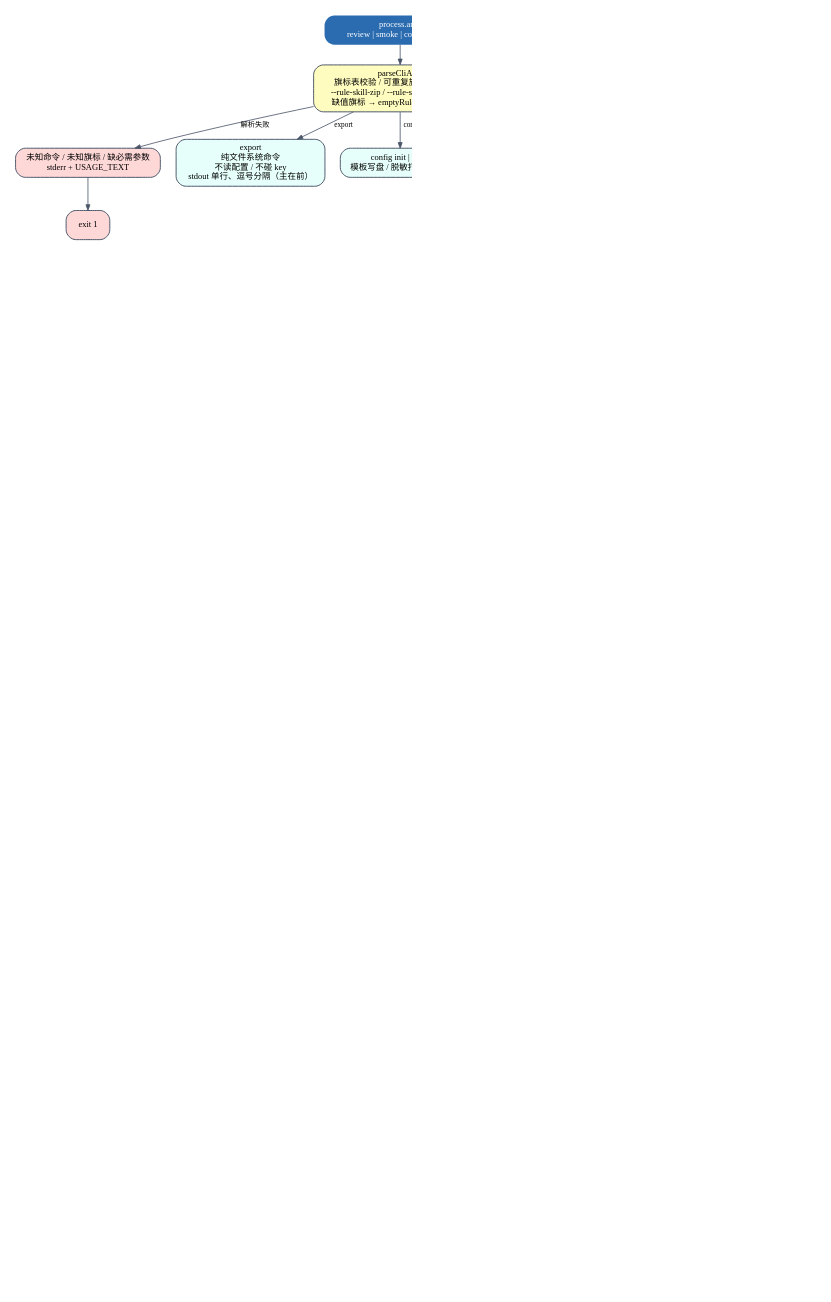
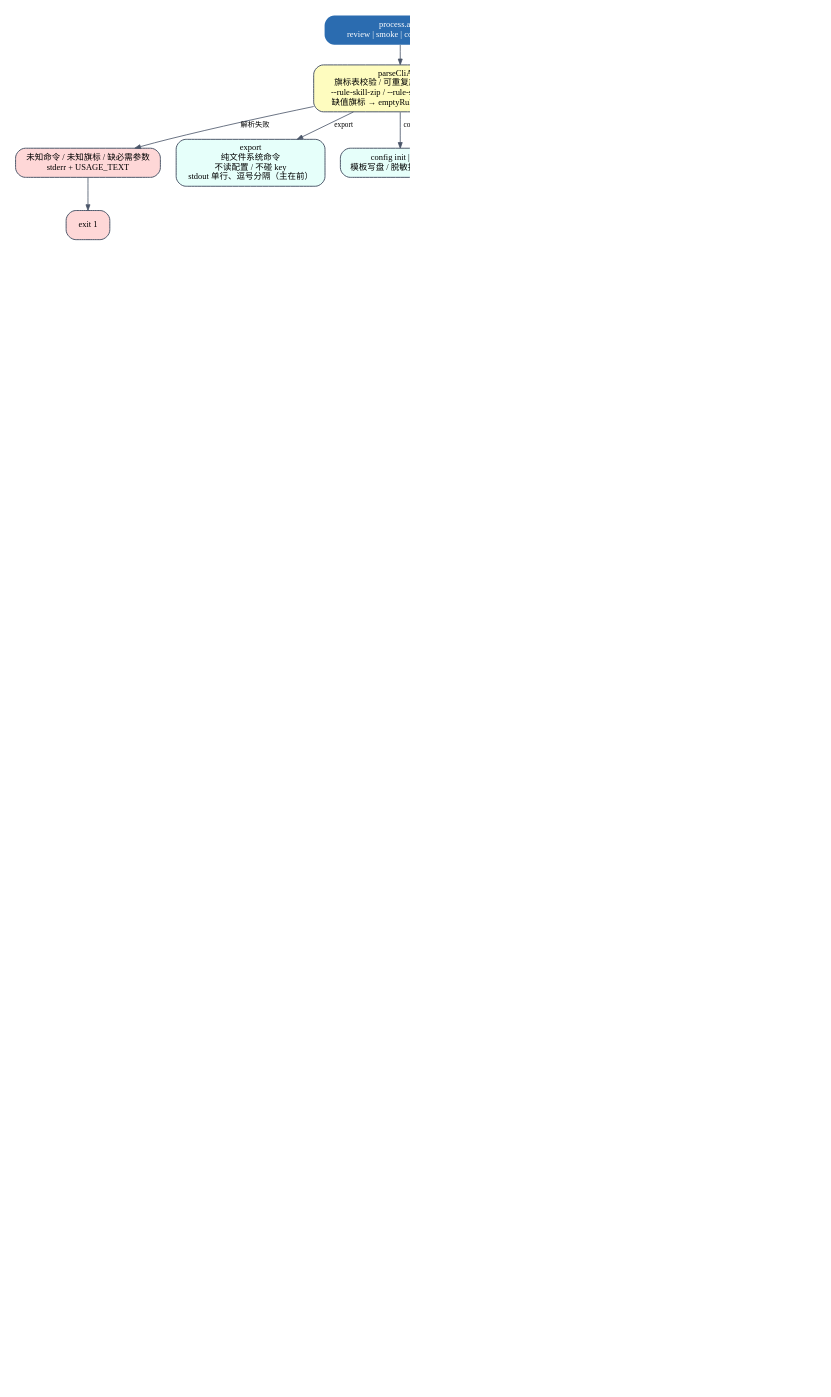
Before and after one commit to ffanwei/ReviewAgent-pi: the diagram in docs/png/review-cli-entry.dot, drawn with Graphviz. The commit also changed 15 other files, not shown here.

First line of the commit message:
docs: 重新生成检视链路示意图与全链路流程图

```diff
--- a/docs/png/review-cli-entry.dot
+++ b/docs/png/review-cli-entry.dot
@@ -1,56 +1,57 @@
 digraph review_cli_entry {
   graph [charset="UTF-8", rankdir=TB, bgcolor="white", fontname="Microsoft YaHei", fontsize=12,
          nodesep=0.26, ranksep=0.34, pad=0.25, dpi=150];
   node  [shape=box, style="rounded,filled", fontname="Microsoft YaHei", fontsize=10.5,
          color="#4A5568", fillcolor="#F7FAFC", penwidth=1.2, margin="0.15,0.07"];
   edge  [fontname="Microsoft YaHei", fontsize=9, color="#4A5568", arrowsize=0.7];
 
   argv [label="process.argv\nreview | smoke | config | export", fillcolor="#2B6CB0", fontcolor="white", penwidth=0];
   parse [label="parseCliArgs\n旗标表校验 / 可重复旗标 / 逗号列表\n--rule-skill-zip / --rule-skill / --skill 同类\n缺值旗标 → emptyRuleSkillFlags 提示", fillcolor="#FEFCBF"];
   bad  [label="未知命令 / 未知旗标 / 缺必需参数\nstderr + USAGE_TEXT", fillcolor="#FED7D7"];
   exit1 [label="exit 1", fillcolor="#FED7D7"];
 
   exp [label="export\n纯文件系统命令\n不读配置 / 不碰 key\nstdout 单行、逗号分隔（主在前）", fillcolor="#E6FFFA"];
   cfg [label="config init | show\n模板写盘 / 脱敏打印生效值", fillcolor="#E6FFFA"];
   smoke [label="smoke\nprobeHealthMs 15s + probeModelMs 120s\n诊断结论：通过 0 / 任一失败 1", fillcolor="#E6FFFA"];
 
   load [label="loadConfig（唯一落点，只读一次）\nJSONC 解析 / 未知键只告警\n钉死键忽略 / 合法域校验\n缺省路径缺席 = 合法（全缺省直跑）"];
   warn [label="warnings → stderr\n未找到配置文件 → 提示 config init\n.env.local 残留 → 提示"];
   endpoint [label="resolveReviewerEndpoint\nreviewer.apiKey 缺失 → 抛错\nbaseUrl 缺省官方网关"];
   model [label="modelIdForGateway\n--model | model.default\nstripModelPrefix 可选"];
   repo [label="--repo 必须存在且是目录\n--mr-diff 读文件 | --mr-json 转 unified diff"];
   tasks [label="resolveTasksRoot + taskDirPath\n--tasks-dir | ~/.PiAgent/tasks\n<taskId>/{runs,audit,.cache}"];
   runlog [label="openRunLog → runs/review-pi.log\nstderr 镜像 + 未捕获异常堆栈\n打开失败只警告"];
   echo [label="formatReviewArgs → stderr\n生效值 + 来源（flag / config / default）\n--rule-skill-zip / --rule-skill / --skill 各一行\n不含秘密", fillcolor="#F7FAFC"];
 
   mcpcfg [label="resolveReportConfig\nmcp.report 缺席 → null\nserver 必须引用已配置的 mcp.servers", fillcolor="#FAF5FF"];
   mcpconn [label="createMcpReporter\nhandshake auto（initialize 失败降级无状态）\nrequired（失败即不可用）/ off（从不握手）\n连接失败 → 一行 stderr，继续检视", fillcolor="#FAF5FF"];
   taskon [label="taskToolsOn = reporter && report.task\ntask 缺省 true", fillcolor="#FEFCBF"];
   start [label="startTask(taskId)\n失败 → stderr，继续检视", fillcolor="#FAF5FF"];
   reportrt [label="报告运行时\nmodel.presentation 优先，否则检视模型\noneShotMs（缺省 300s）\nretry = limits.retry.oneShotAttempts 3", fillcolor="#FAF5FF"];
 
-  run [label="runReview(...)\n见子图 2 / 3", fillcolor="#BEE3F8"];
-  summaryline [label="收尾摘要行 doneLine（stderr，恒定打印）\n耗时 / token 三段 / 模型调用数\n工具调用（主 + skill + bash）\nLedger 命中 / 成本"];
-  parsefail [label="reportPhaseParseFailures\n仅 phaseLog 有 parseFailure 时输出\n成功 run 零输出"];
-  post [label="后处理链\n统一 tips / 总结 / session 索引\n见子图 4", fillcolor="#BEE3F8"];
-  out [label="renderReviewOutcome → stdout\n单 JSON 文档；诊断全走 stderr", fillcolor="#C6F6D5"];
+  run [label="runReview(...)\nrun/pass-runner.ts 装配 context + descriptor\n见子图 2 / 3", fillcolor="#BEE3F8"];
+  summaryline [label="deliverReviewRun.finishRunLine\n收尾摘要行 doneLine（stderr，恒定打印）\n耗时 / token 三段 / 模型调用数\n工具调用（主 + skill + bash）\nLedger 命中 / 成本"];
+  parsefail [label="deliverReviewRun.reportPhaseParseFailures\n仅 phaseLog 有 parseFailure 时输出\n成功 run 零输出"];
+  post [label="deliverReviewRun（cli/delivery.ts）\nannounceInput → 覆盖补报 → assembleTips\n→ persistTips → publishSummary\n→ persistSessionIndex → buildStdoutDocument\n返回 stdoutDocument + timings + deferredFailure", fillcolor="#BEE3F8"];
+  out [label="main 写 stdout 单 JSON 文档\n诊断全走 stderr", fillcolor="#C6F6D5"];
+  finalize [label="[finally] finalizeDelivery（cli/delivery.ts）\n5s 沉降 → endTask → mcp.json\nlifecycle / trace → 事件 flush → close", fillcolor="#FAF5FF"];
   ledger [label="[finally] 收尾账本（仅 stderr）\n[time] 阶段耗时 + 审计/嵌套明细\n[usage] 整任务用量（成本按模型分桶）", fillcolor="#FEFCBF"];
   exit0 [label="exitGracefully(0)\nexitCode + 事件循环自然排干\n（避免 Windows 句柄清理竞态）", fillcolor="#2B6CB0", fontcolor="white", penwidth=0];
   exit1b [label="reportErrorAndExit\nstderr 一行人话 + 堆栈进 run log\nexit 1", fillcolor="#FED7D7"];
 
   argv -> parse;
   parse -> bad [label=" 解析失败 "];
   bad -> exit1;
   parse -> exp [label=" export "];
   parse -> cfg [label=" config "];
   parse -> smoke [label=" smoke "];
   parse -> load [label=" review "];
   load -> warn -> endpoint -> model -> repo -> tasks -> runlog -> echo -> mcpcfg -> mcpconn -> taskon;
   taskon -> start [label=" true "];
   taskon -> reportrt [label=" false（只开事件 / 全关） "];
   start -> reportrt;
-  reportrt -> run -> summaryline -> parsefail -> post -> out -> ledger -> exit0;
+  reportrt -> run -> summaryline -> parsefail -> post -> out -> finalize -> ledger -> exit0;
   run -> exit1b [style=dashed, label=" 抛错 "];
-  post -> exit1b [style=dashed, label=" 落盘失败（总结后） "];
+  post -> exit1b [style=dashed, label=" deferredFailure（tips 落盘失败） "];
   load -> exit1b [style=dashed, label=" ConfigError "];
 }
```
